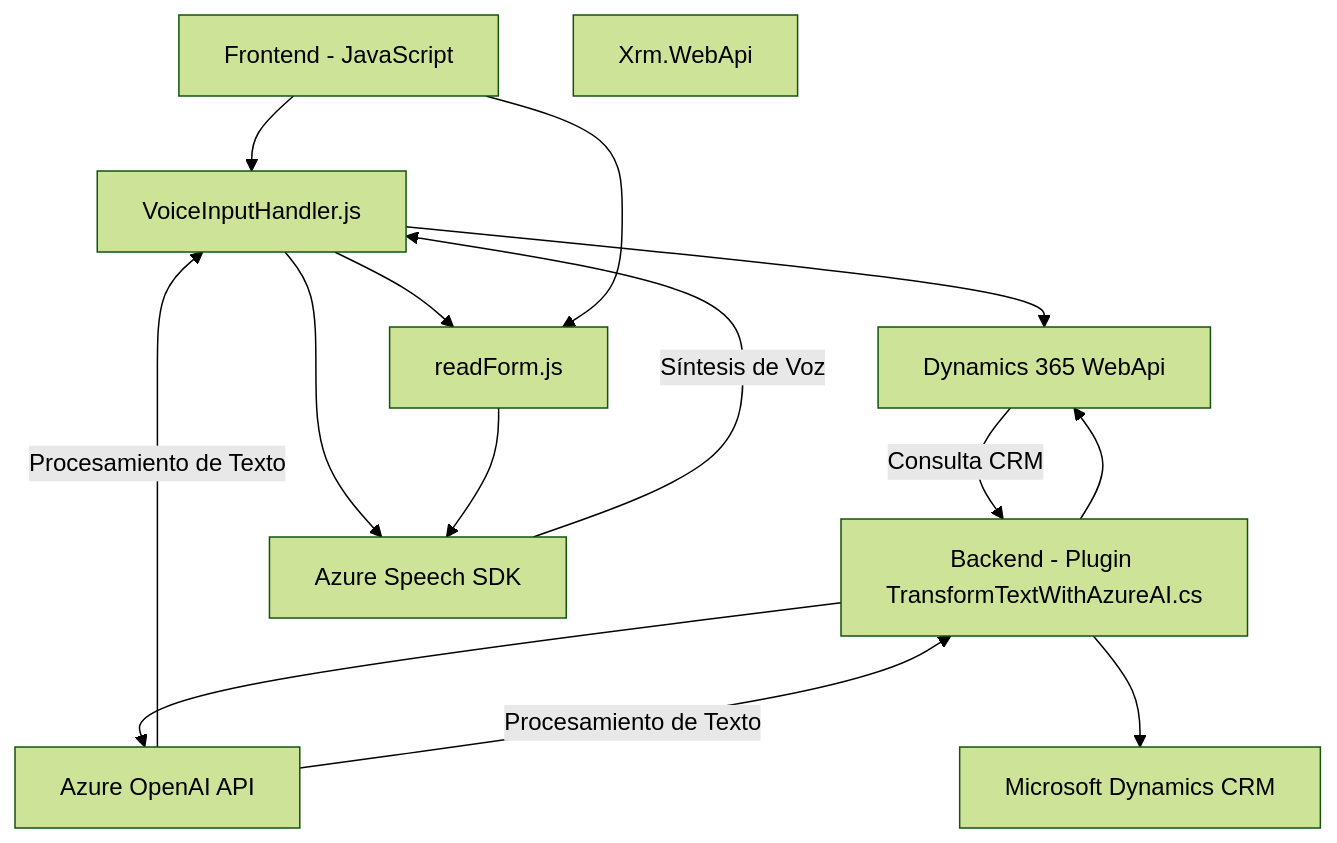
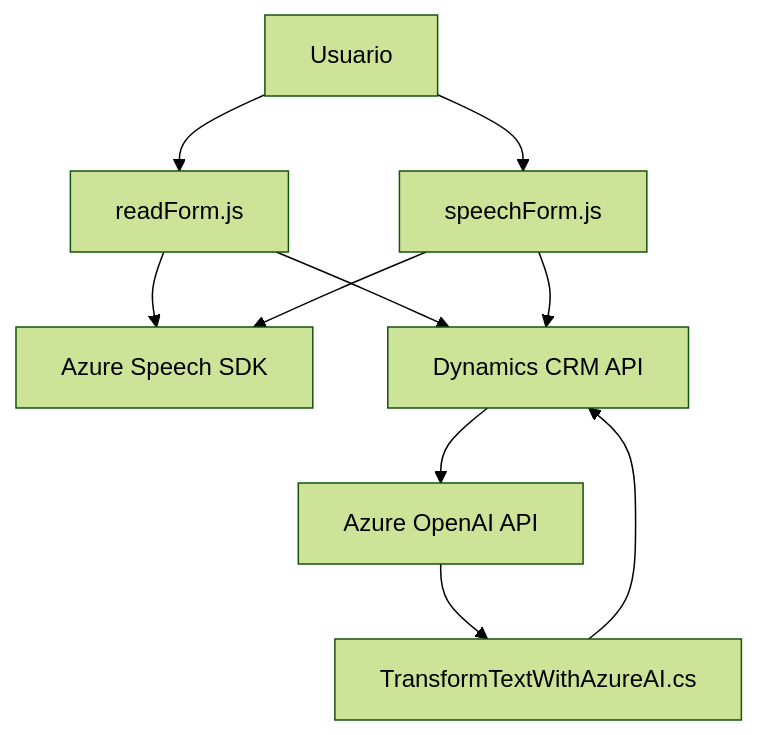
Before and after one commit to blopezdm/NETCORE_BILBAO2025: the diagram in README.md, drawn with Mermaid (forest theme). The commit also changed other lines of this file, not shown here.

````diff
--- a/README.md
+++ b/README.md
@@ -39,26 +26,20 @@
 ```mermaid
 graph TD
-    A["Frontend - JavaScript"]
-    B["VoiceInputHandler.js"]
-    C["readForm.js"]
-    D["Backend - Plugin TransformTextWithAzureAI.cs"]
-    E["Azure Speech SDK"]
-    F["Azure OpenAI API"]
-    G["Dynamics 365 WebApi"]
-    H["Microsoft Dynamics CRM"]
-    I["Xrm.WebApi"]
-    
-    A --> B
-    B --> E
-    B --> G
-    B --> C
-    A --> C
-    C --> E
-    D --> F
-    D --> G
-    D --> H
-    F -->|Procesamiento de Texto|B
-    F -->|Procesamiento de Texto|D
-    G -->|Consulta CRM|D
-    E -->|Síntesis de Voz|B
+  A["Usuario"]
+  B["readForm.js"]
+  C["speechForm.js"]
+  D["Azure Speech SDK"]
+  E["Dynamics CRM API"]
+  F["Azure OpenAI API"]
+  G["TransformTextWithAzureAI.cs"]
+
+  A --> B
+  A --> C
+  B --> D
+  C --> D
+  B --> E
+  C --> E
+  E --> F
+  F --> G
+  G --> E
 ```
````
